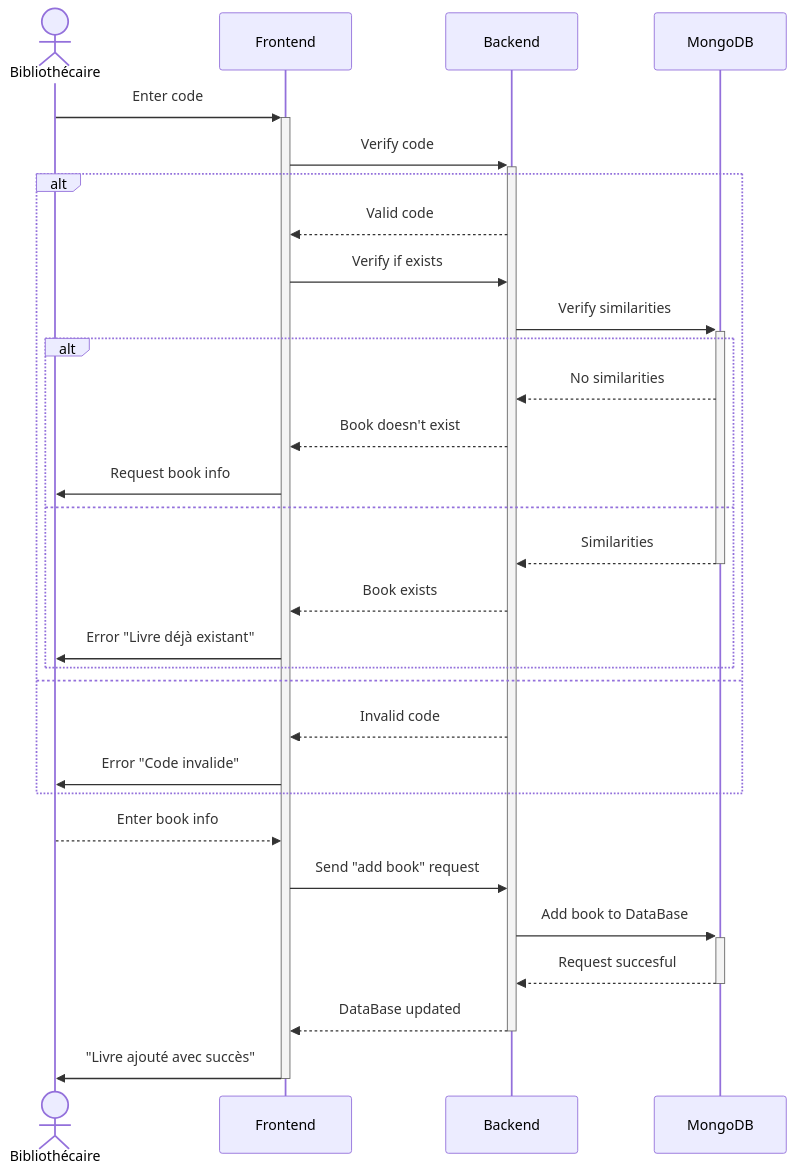
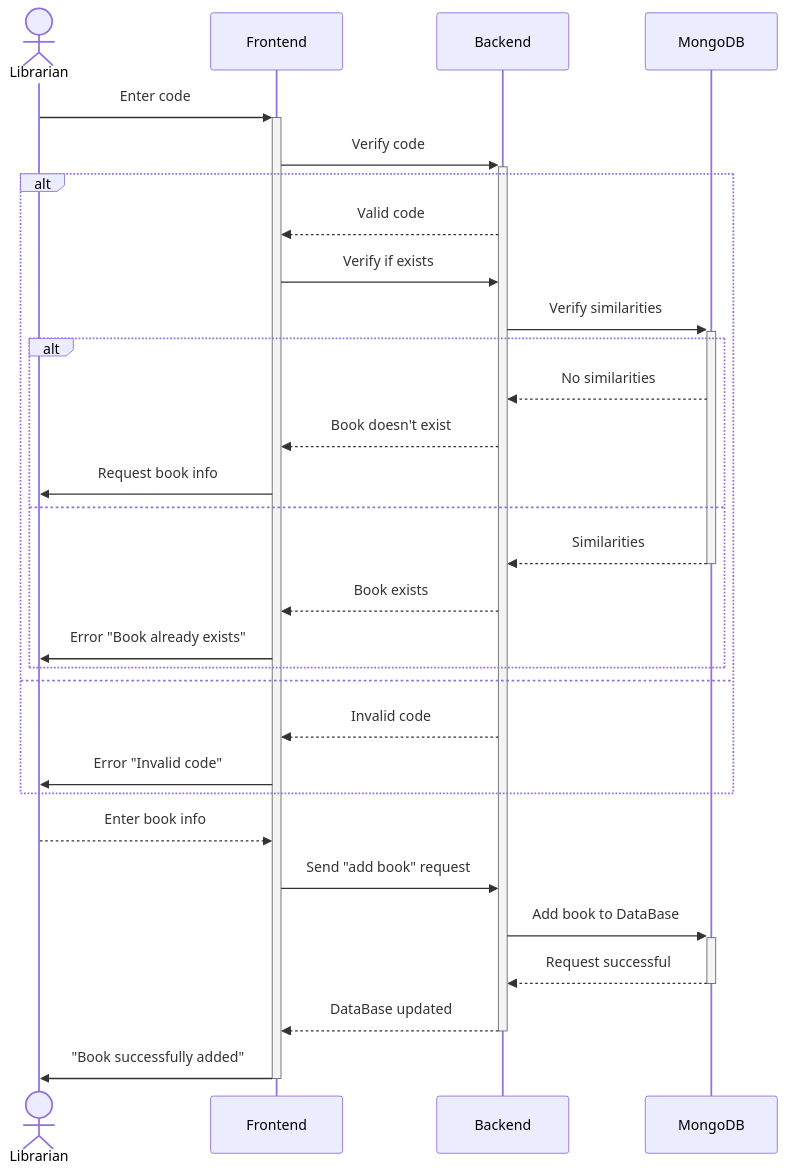
Before and after one commit to sejbouchereau/Labwork: the first of 2 diagrams in Fall_2023/Exercices/Diagrams/README.md, drawn with Mermaid. The commit also changed other lines of this file, not shown here.

````diff
--- a/Fall_2023/Exercices/Diagrams/README.md
+++ b/Fall_2023/Exercices/Diagrams/README.md
@@ -7,33 +7,33 @@
 ```mermaid
 sequenceDiagram
-actor Bibliothécaire
-    Bibliothécaire->>+Frontend: Enter code
+actor Librarian
+    Librarian->>+Frontend: Enter code
     Frontend->>+Backend: Verify code
 
     alt
         Backend-->>Frontend: Valid code
         Frontend->>Backend: Verify if exists
         Backend->>+MongoDB: Verify similarities
 
         alt
         MongoDB-->>Backend: No similarities
         Backend-->>Frontend: Book doesn't exist
-        Frontend->>Bibliothécaire: Request book info
+        Frontend->>Librarian: Request book info
 
         else
         MongoDB-->>-Backend: Similarities
         Backend-->>Frontend: Book exists
-        Frontend->>Bibliothécaire: Error "Livre déjà existant"
+        Frontend->>Librarian: Error "Book already exists"
         end
     else
         Backend-->>Frontend: Invalid code
-        Frontend->>Bibliothécaire: Error "Code invalide"
+        Frontend->>Librarian: Error "Invalid code"
     end
 
-    Bibliothécaire-->>Frontend: Enter book info
+    Librarian-->>Frontend: Enter book info
     Frontend->>Backend: Send "add book" request
     Backend->>+MongoDB: Add book to DataBase
-    MongoDB-->>-Backend: Request succesful
+    MongoDB-->>-Backend: Request successful
     Backend-->>-Frontend: DataBase updated
-    Frontend->>-Bibliothécaire: "Livre ajouté avec succès"
+    Frontend->>-Librarian: "Book successfully added"
 ```
````
